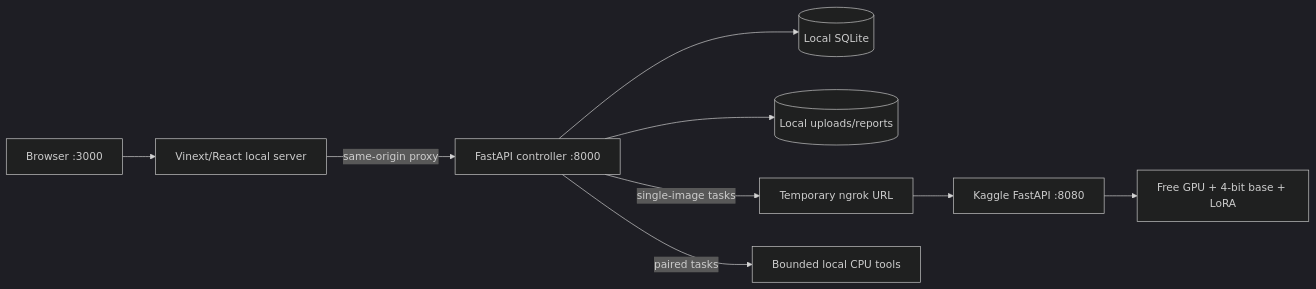
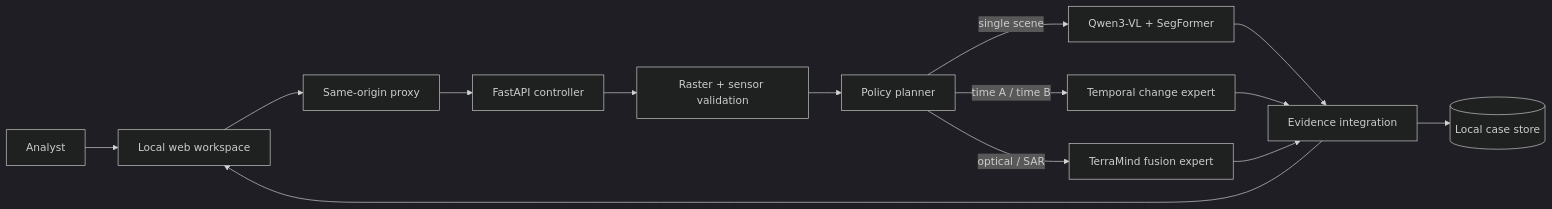
One commit to aanandmodi/StatqueryAI changed the diagram in README.md. Above: the diagram before and after it, drawn with Mermaid (dark theme). The commit also changed other lines of this file and 216 other files, not shown here.

````diff
--- a/README.md
+++ b/README.md
@@ -84,11 +31,14 @@
 ```mermaid
 flowchart LR
-    Browser[Browser :3000] --> Web[Vinext/React local server]
-    Web -->|same-origin proxy| API[FastAPI controller :8000]
-    API --> DB[(Local SQLite)]
-    API --> Files[(Local uploads/reports)]
-    API -->|single-image tasks| Tunnel[Temporary ngrok URL]
-    Tunnel --> Model[Kaggle FastAPI :8080]
-    Model --> GPU[Free GPU + 4-bit base + LoRA]
-    API -->|paired tasks| Pair[Bounded local CPU tools]
+  U[Analyst] --> W[Local web workspace]
+  W --> P[Same-origin proxy]
+  P --> C[FastAPI controller]
+  C --> V[Raster + sensor validation]
+  V --> R[Policy planner]
+  R -->|single scene| Q[Qwen3-VL + SegFormer]
+  R -->|time A / time B| T[Temporal change expert]
+  R -->|optical / SAR| F[TerraMind fusion expert]
+  Q & T & F --> I[Evidence integration]
+  I --> D[(Local case store)]
+  I --> W
 ```
````
